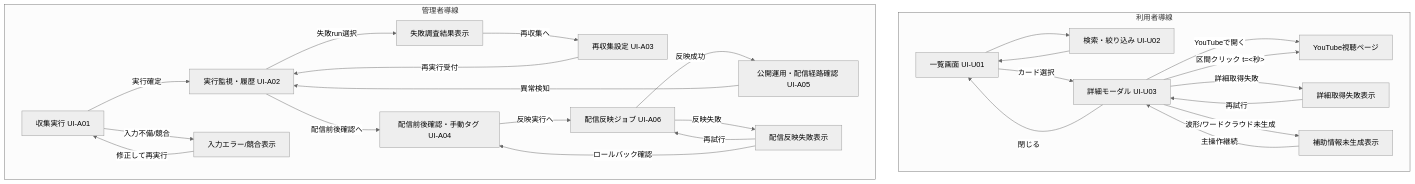
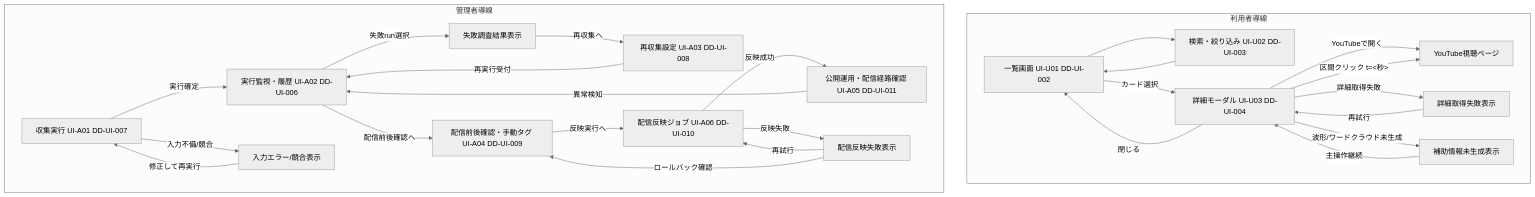
One commit to tsuji-tomonori/diopside-v3 changed the diagram in docs/2.基本設計(BD)/42.UI/BD-UI-003.md. Above: the diagram before and after it, drawn with Mermaid (neutral theme). The commit also changed other lines of this file and 32 other files, not shown here.

````diff
--- a/docs/2.基本設計(BD)/42.UI/BD-UI-003.md
+++ b/docs/2.基本設計(BD)/42.UI/BD-UI-003.md
@@ -46,48 +46,48 @@
 ```mermaid
 flowchart TD
   subgraph U[利用者導線]
-    U01[一覧画面 UI-U01]
-    U02[検索・絞り込み UI-U02]
-    U03[詳細モーダル UI-U03]
+    U01[一覧画面 UI-U01 DD-UI-002]
+    U02[検索・絞り込み UI-U02 DD-UI-003]
+    U03[詳細モーダル UI-U03 DD-UI-004]
     UY[YouTube視聴ページ]
     UE1[詳細取得失敗表示]
     UE2[補助情報未生成表示]
   end
 
   subgraph A[管理者導線]
-    A01[収集実行 UI-A01]
-    A02[実行監視・履歴 UI-A02]
-    A03[再収集設定 UI-A03]
-    A04[配信前後確認・手動タグ UI-A04]
-    A06[配信反映ジョブ UI-A06]
-    A05[公開運用・配信経路確認 UI-A05]
+    A01[収集実行 UI-A01 DD-UI-007]
+    A02[実行監視・履歴 UI-A02 DD-UI-006]
+    A03[再収集設定 UI-A03 DD-UI-008]
+    A04[配信前後確認・手動タグ UI-A04 DD-UI-009]
+    A06[配信反映ジョブ UI-A06 DD-UI-010]
+    A05[公開運用・配信経路確認 UI-A05 DD-UI-011]
     AE1[入力エラー/競合表示]
     AE2[失敗調査結果表示]
     AE3[配信反映失敗表示]
   end
 
   U01 --> U02
   U02 --> U01
   U01 -->|カード選択| U03
   U03 -->|閉じる| U01
   U03 -->|YouTubeで開く| UY
   U03 -->|区間クリック t=<秒>| UY
   U03 -->|詳細取得失敗| UE1
   UE1 -->|再試行| U03
   U03 -->|波形/ワードクラウド未生成| UE2
   UE2 -->|主操作継続| U03
 
   A01 -->|実行確定| A02
   A01 -->|入力不備/競合| AE1
   AE1 -->|修正して再実行| A01
   A02 -->|失敗run選択| AE2
   AE2 -->|再収集へ| A03
   A03 -->|再実行受付| A02
   A02 -->|配信前後確認へ| A04
   A04 -->|反映実行へ| A06
   A06 -->|反映成功| A05
   A06 -->|反映失敗| AE3
   AE3 -->|再試行| A06
   AE3 -->|ロールバック確認| A04
   A05 -->|異常検知| A02
 ```
````
